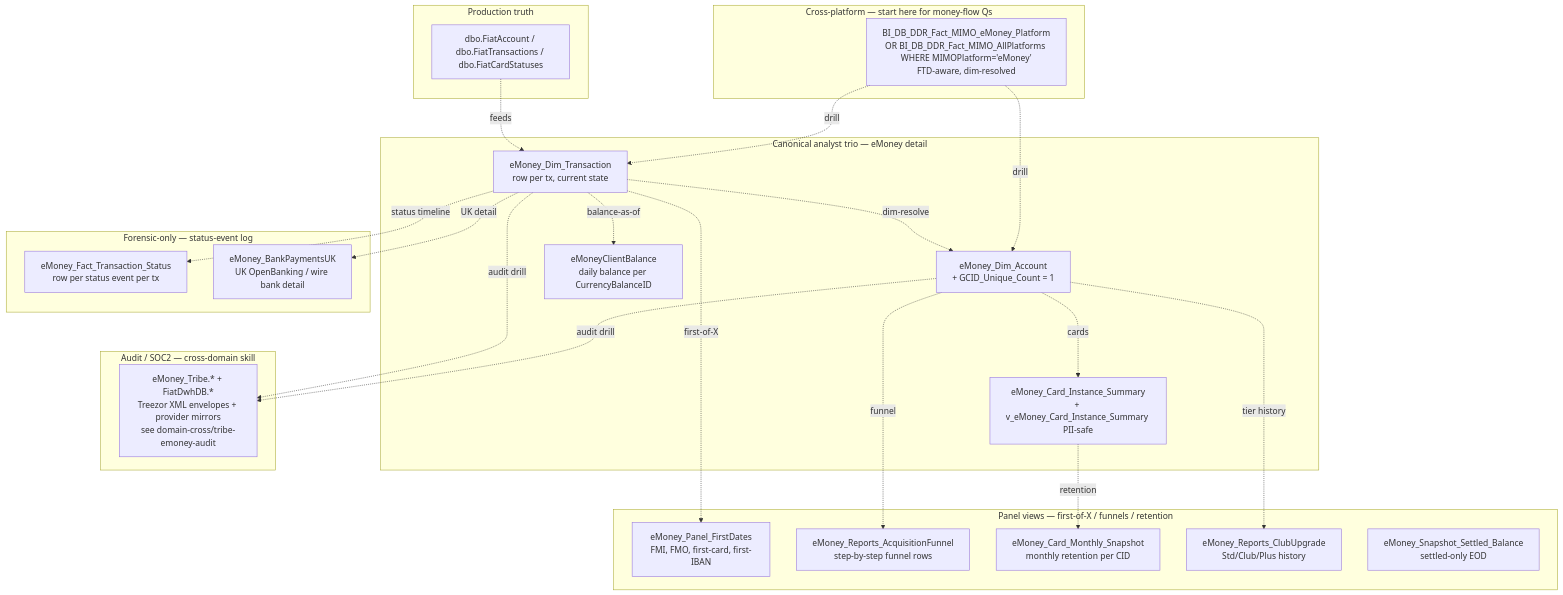
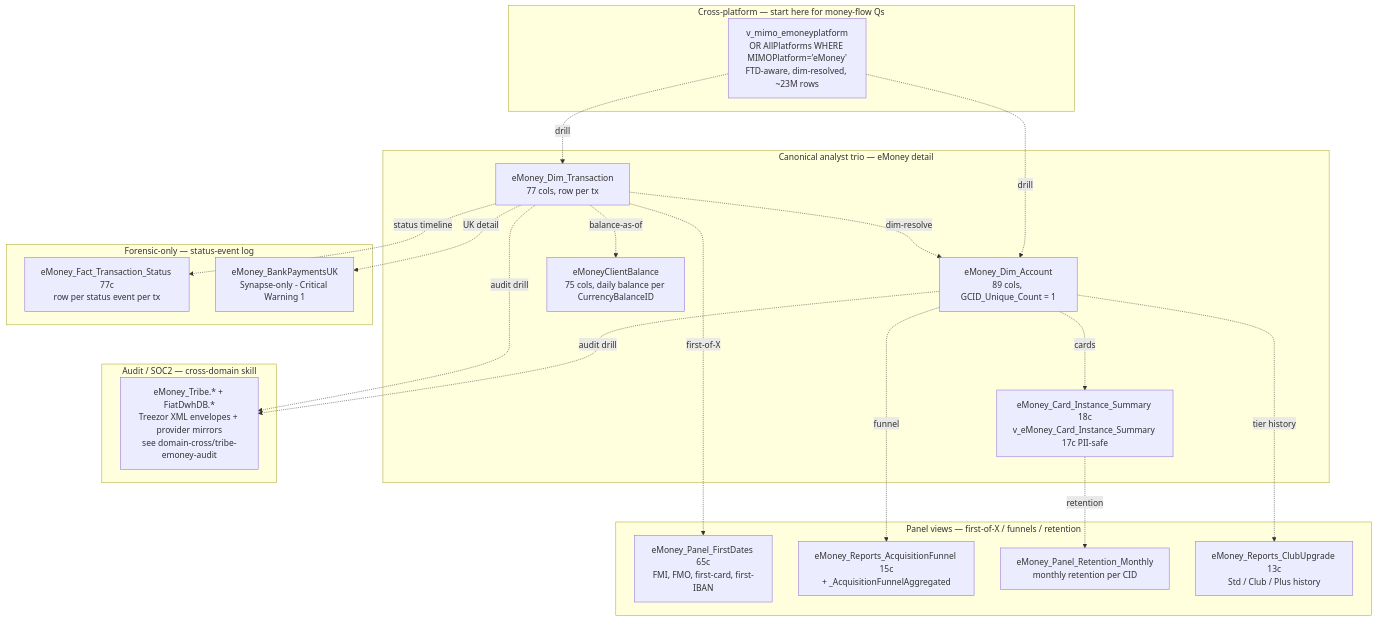
One commit to guyman-tr/Databricks_Knowledge changed the diagram in knowledge/skills/domain-payments/emoney-accounts-and-cards.md. Above: the diagram before and after it, drawn with Mermaid. The commit also changed other lines of this file, not shown here.

First line of the commit message:
domain-payments/emoney-accounts-and-cards pre-DE -> SpecKit v1

````diff
--- a/knowledge/skills/domain-payments/emoney-accounts-and-cards.md
+++ b/knowledge/skills/domain-payments/emoney-accounts-and-cards.md
@@ -88,49 +157,43 @@
 ```mermaid
 graph TB
     subgraph T0["Cross-platform — start here for money-flow Qs"]
-        Mimo[BI_DB_DDR_Fact_MIMO_eMoney_Platform<br/>OR BI_DB_DDR_Fact_MIMO_AllPlatforms WHERE MIMOPlatform='eMoney'<br/>FTD-aware, dim-resolved]
+        Mimo[v_mimo_emoneyplatform<br/>OR AllPlatforms WHERE MIMOPlatform='eMoney'<br/>FTD-aware, dim-resolved, ~23M rows]
     end
 
     subgraph T1["Canonical analyst trio — eMoney detail"]
-        DT[eMoney_Dim_Transaction<br/>row per tx, current state]
-        DA[eMoney_Dim_Account<br/>+ GCID_Unique_Count = 1]
-        CB[eMoneyClientBalance<br/>daily balance per CurrencyBalanceID]
-        Cards[eMoney_Card_Instance_Summary<br/>+ v_eMoney_Card_Instance_Summary PII-safe]
+        DT[eMoney_Dim_Transaction<br/>77 cols, row per tx]
+        DA[eMoney_Dim_Account<br/>89 cols, GCID_Unique_Count = 1]
+        CB[eMoneyClientBalance<br/>75 cols, daily balance per CurrencyBalanceID]
+        Cards[eMoney_Card_Instance_Summary 18c<br/>v_eMoney_Card_Instance_Summary 17c PII-safe]
     end
 
     subgraph T2["Panel views — first-of-X / funnels / retention"]
-        FD[eMoney_Panel_FirstDates<br/>FMI, FMO, first-card, first-IBAN]
-        FN[eMoney_Reports_AcquisitionFunnel<br/>step-by-step funnel rows]
-        MS[eMoney_Card_Monthly_Snapshot<br/>monthly retention per CID]
-        CU[eMoney_Reports_ClubUpgrade<br/>Std/Club/Plus history]
-        SB[eMoney_Snapshot_Settled_Balance<br/>settled-only EOD]
+        FD[eMoney_Panel_FirstDates 65c<br/>FMI, FMO, first-card, first-IBAN]
+        FN[eMoney_Reports_AcquisitionFunnel 15c<br/>+ _AcquisitionFunnelAggregated]
+        MS[eMoney_Panel_Retention_Monthly<br/>monthly retention per CID]
+        CU[eMoney_Reports_ClubUpgrade 13c<br/>Std / Club / Plus history]
     end
 
     subgraph T3["Forensic-only — status-event log"]
-        ST[eMoney_Fact_Transaction_Status<br/>row per status event per tx]
-        BPK[eMoney_BankPaymentsUK<br/>UK OpenBanking / wire bank detail]
+        ST[eMoney_Fact_Transaction_Status 77c<br/>row per status event per tx]
+        BPK[eMoney_BankPaymentsUK<br/>Synapse-only - Critical Warning 1]
     end
 
     subgraph Audit["Audit / SOC2 — cross-domain skill"]
         Tribe[eMoney_Tribe.* + FiatDwhDB.*<br/>Treezor XML envelopes + provider mirrors<br/>see domain-cross/tribe-emoney-audit]
-    end
-
-    subgraph Recon["Production truth"]
-        Prod[dbo.FiatAccount / dbo.FiatTransactions / dbo.FiatCardStatuses]
     end
 
     Mimo -.drill.-> DT
     Mimo -.drill.-> DA
     DT -.dim-resolve.-> DA
     DT -.balance-as-of.-> CB
     DA -.cards.-> Cards
     DT -.first-of-X.-> FD
     DA -.funnel.-> FN
     Cards -.retention.-> MS
     DA -.tier history.-> CU
     DT -.status timeline.-> ST
     DT -.UK detail.-> BPK
     DA -.audit drill.-> Tribe
     DT -.audit drill.-> Tribe
-    Prod -.feeds.-> DT
 ```
````
